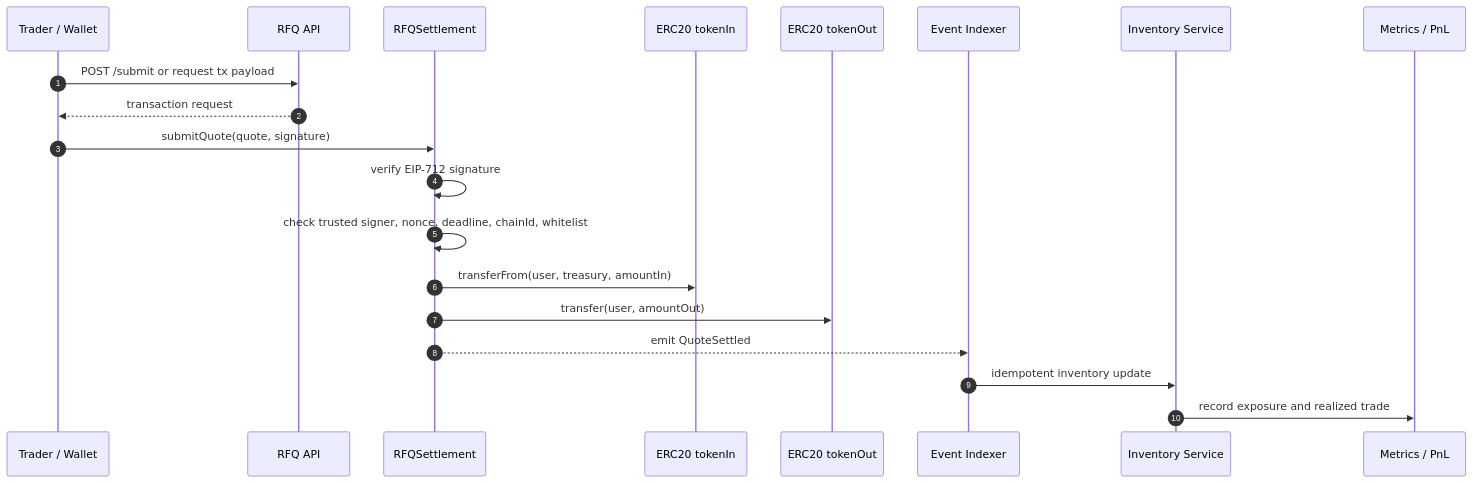
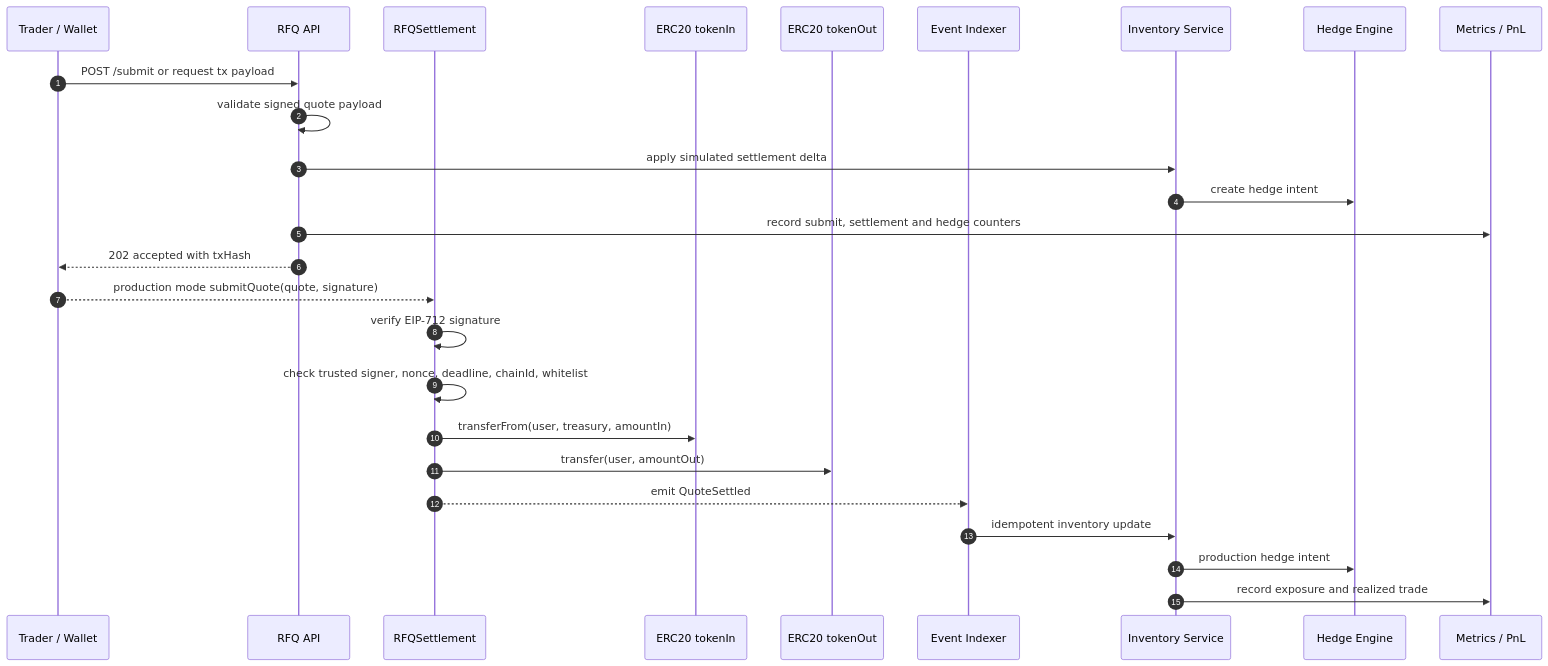
The diagram in docs/diagrams/submit-sequence.md (alvis-ai/production-grade-web3-rfq-market-maker), drawn with Mermaid before and after one commit. The commit also changed other lines of this file and 7 other files, not shown here.

Commit message:
feat: close backend submit inventory hedge loop

````diff
--- a/docs/diagrams/submit-sequence.md
+++ b/docs/diagrams/submit-sequence.md
@@ -5,23 +5,29 @@
 ```mermaid
 sequenceDiagram
   autonumber
   participant User as Trader / Wallet
   participant API as RFQ API
   participant Chain as RFQSettlement
   participant TokenIn as ERC20 tokenIn
   participant TokenOut as ERC20 tokenOut
   participant Indexer as Event Indexer
   participant Inventory as Inventory Service
+  participant Hedge as Hedge Engine
   participant Metrics as Metrics / PnL
 
   User->>API: POST /submit or request tx payload
-  API-->>User: transaction request
-  User->>Chain: submitQuote(quote, signature)
+  API->>API: validate signed quote payload
+  API->>Inventory: apply simulated settlement delta
+  Inventory->>Hedge: create hedge intent
+  API->>Metrics: record submit, settlement and hedge counters
+  API-->>User: 202 accepted with txHash
+  User-->>Chain: production mode submitQuote(quote, signature)
   Chain->>Chain: verify EIP-712 signature
   Chain->>Chain: check trusted signer, nonce, deadline, chainId, whitelist
   Chain->>TokenIn: transferFrom(user, treasury, amountIn)
   Chain->>TokenOut: transfer(user, amountOut)
   Chain-->>Indexer: emit QuoteSettled
   Indexer->>Inventory: idempotent inventory update
+  Inventory->>Hedge: production hedge intent
   Inventory->>Metrics: record exposure and realized trade
 ```
````
